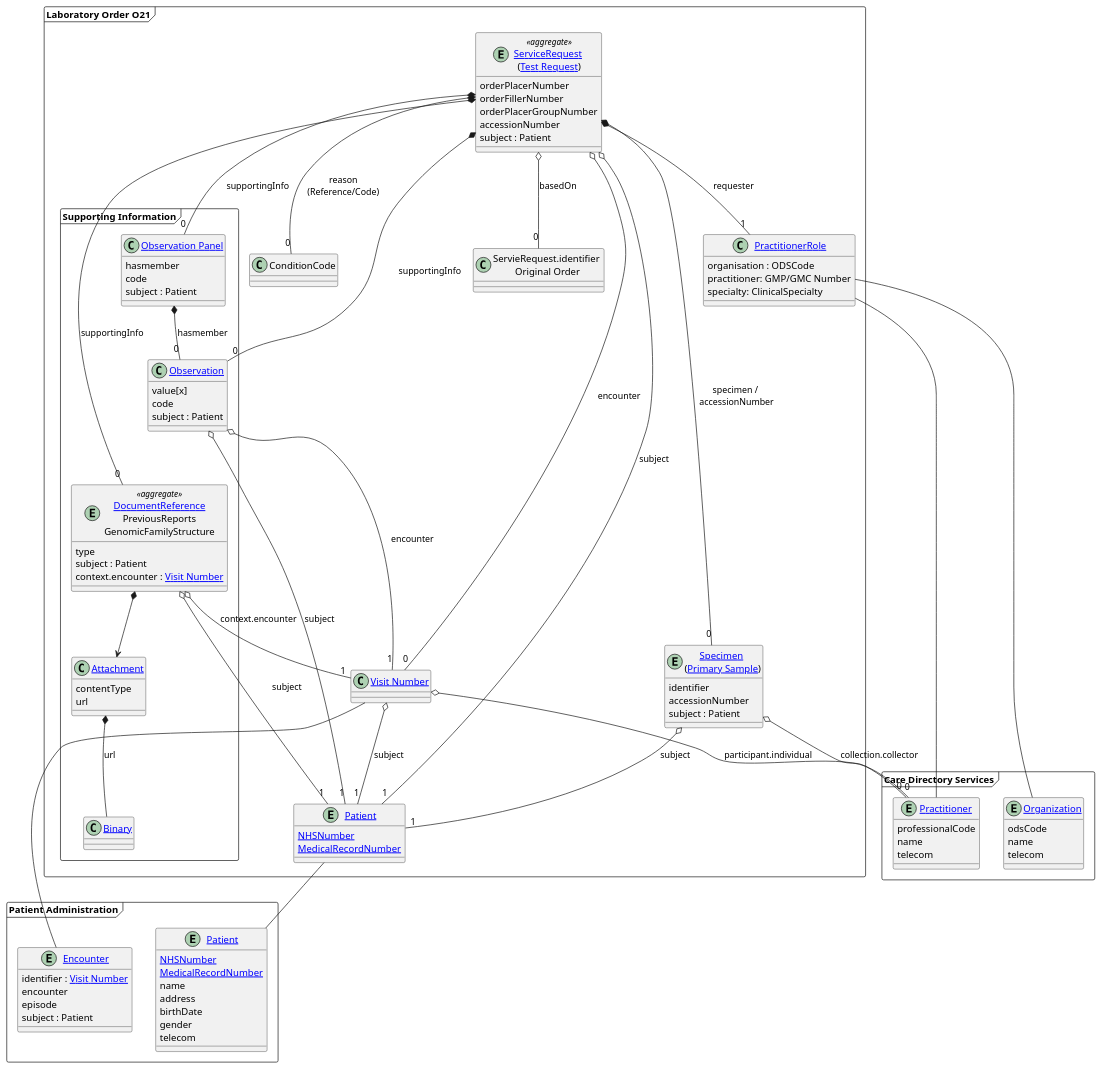
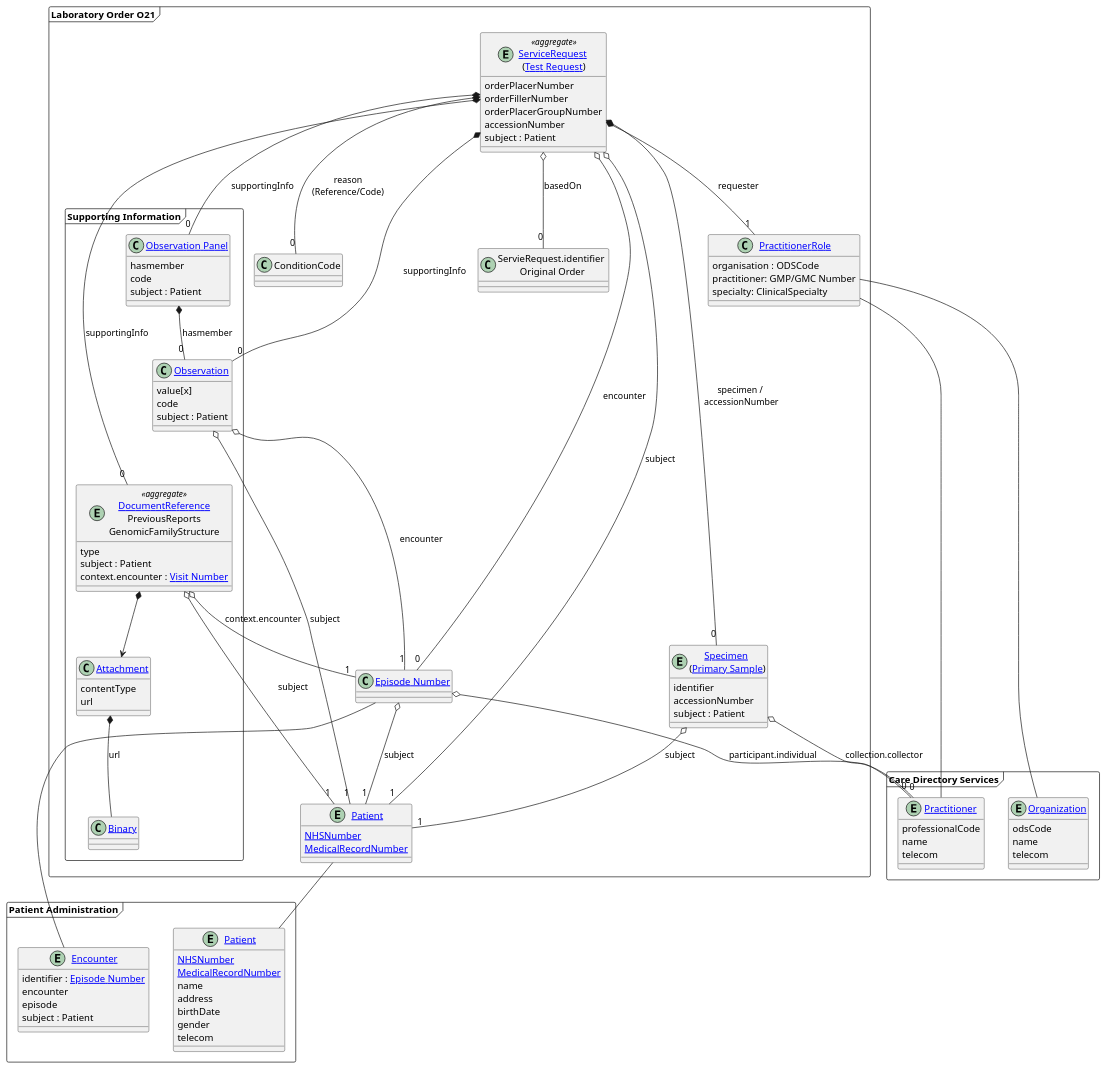
The diagram in input/images-source/orders-model.plantuml (nw-gmsa/nw-gmsa.github.com), drawn with PlantUML before and after one commit. The commit also changed 7 other files, not shown here.

Commit message:
Rename of Visit Number to EpisodeNumber

```diff
--- a/input/images-source/orders-model.plantuml
+++ b/input/images-source/orders-model.plantuml
@@ -1,152 +1,152 @@
   @startuml
 
   skinparam svgDimensionStyle false
 
 
     frame "Laboratory Order O21" as Composition {
       entity "[[StructureDefinition-Patient.html Patient]]" as PID {
       [[StructureDefinition-NHSNumber.html NHSNumber]]
       [[StructureDefinition-MedicalRecordNumber.html MedicalRecordNumber]]
       }
 
 
 
 
       entity "[[StructureDefinition-ServiceRequest.html ServiceRequest]] \n([[https://simplifier.net/guide/fhir-genomics-implementation-guide/Home/Design/Clinicalheadings#Test-Request Test Request]])" as ORC <<aggregate>> {
       orderPlacerNumber
       orderFillerNumber
       orderPlacerGroupNumber
       accessionNumber
       subject : Patient
       }
 
       entity "[[StructureDefinition-Specimen.html Specimen]] \n([[https://simplifier.net/guide/fhir-genomics-implementation-guide/Home/Design/Clinicalheadings#Primary-Sample Primary Sample]])" as SPM {
       identifier
       accessionNumber
       subject : Patient
       }
 
       class "ConditionCode" as DG1
 
       class "[[StructureDefinition-PractitionerRole.html PractitionerRole]]" as STF {
        organisation : ODSCode
        practitioner: GMP/GMC Number
        specialty: ClinicalSpecialty
       }
 
       class "ServieRequest.identifier \nOriginal Order" as previous {
 
       }
 
 
       frame "Supporting Information" as supportingInfo {
 
 
 
         class "[[StructureDefinition-Observation.html Observation]]" as OBX1 {
         value[x]
         code
         subject : Patient
         }
 
 
         class "[[StructureDefinition-Observation-Panel.html Observation Panel]]" as panel {
         hasmember
         code
         subject : Patient
         }
 
         entity "[[StructureDefinition-DocumentReference.html DocumentReference]]\nPreviousReports\nGenomicFamilyStructure" as documentReference <<aggregate>> {
            type
            subject : Patient
-           context.encounter : [[StructureDefinition-VisitNumber.html Visit Number]]
+           context.encounter : [[StructureDefinition-EpisodeNumber.html Visit Number]]
         }
 
         class "[[StructureDefinition-NWAttachment.html Attachment]]" as attachment {
          contentType
           url
         }
 
         class "[[StructureDefinition-Binary.html Binary]]" as binary
 
       }
 
-      class "[[StructureDefinition-VisitNumber.html Visit Number]]" as PV1
+      class "[[StructureDefinition-EpisodeNumber.html Episode Number]]" as PV1
 
       documentReference *-d-> attachment
 
       attachment *-- binary : url
 
       panel *-d- "0" OBX1: hasmember
 
       OBX1 -d[hidden]- documentReference
 
    }
 
   frame "Patient Administration" {
 
    entity "[[StructureDefinition-Encounter.html Encounter]]" as encounter {
-      identifier : [[StructureDefinition-VisitNumber.html Visit Number]]
+      identifier : [[StructureDefinition-EpisodeNumber.html Episode Number]]
       encounter
       episode
       subject : Patient
       }
 
       entity "[[StructureDefinition-Patient.html Patient]]" as patient {
        [[StructureDefinition-NHSNumber.html NHSNumber]]
         [[StructureDefinition-MedicalRecordNumber.html MedicalRecordNumber]]
         name
         address
         birthDate
         gender
         telecom
       }
 
 
   }
 
   frame "Care Directory Services" {
 
     entity "[[StructureDefinition-Practitioner.html Practitioner]]" as practitioner {
     professionalCode
     name
     telecom
     }
 
     entity "[[StructureDefinition-Organization.html Organization]]" as organisation {
      odsCode
      name
      telecom
     }
 
   }
 
 
 
   ORC *-- "0" SPM : specimen /\n accessionNumber
   ORC o-- "1" PID : subject
   ORC o-- "0" PV1 : encounter
   ORC *-- "0" DG1 : reason\n(Reference/Code)
   ORC o-- "0" previous: basedOn
   ORC *-- "0" OBX1: supportingInfo
   ORC *-- "0" panel: supportingInfo
   ORC *-- "0" documentReference: supportingInfo
   ORC *-- "1" STF: requester
   SPM o-- "0" practitioner: collection.collector
   PV1 o-- "0" practitioner: participant.individual
   PV1 o-- "1" PID : subject
   SPM o-- "1" PID : subject
   documentReference o-- "1" PID : subject
   OBX1 o-- "1" PID : subject
 
   documentReference o-- "1" PV1 : context.encounter
 
   OBX1 o-- "1" PV1 : encounter
 
   PV1 -- encounter
   PID -- patient
   STF -- practitioner
   STF -- organisation
 
 
   @enduml
```
